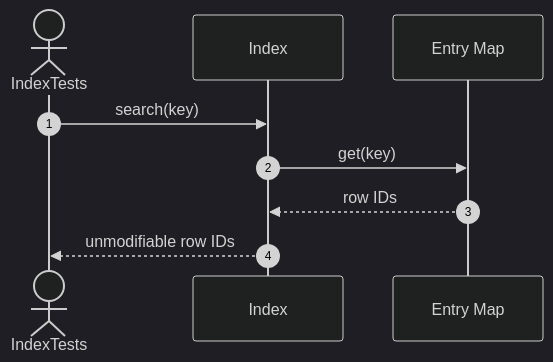
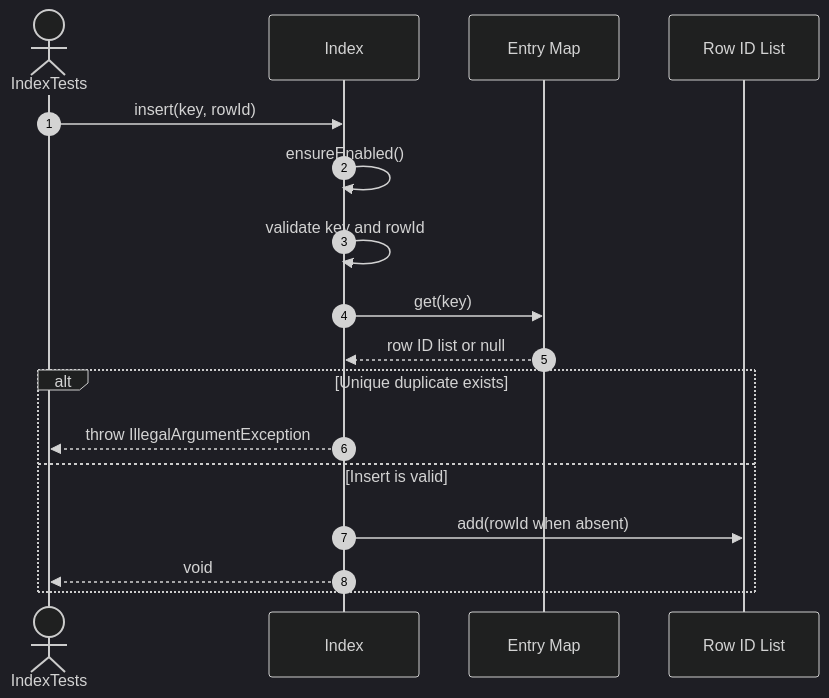
Before and after one commit to FhuAnn/-bbv-AN-s-DBMS: diagram 26 of 50 in src/tests/unit/metadata/sequences/indexs-testing.se.md, drawn with Mermaid (dark theme). The commit also changed other lines of this file and 9 other files, not shown here.

Commit message:
table and row run test successfully, remaining constraint object

````diff
--- a/src/tests/unit/metadata/sequences/indexs-testing.se.md
+++ b/src/tests/unit/metadata/sequences/indexs-testing.se.md
@@ -132,12 +453,20 @@
 ```mermaid
 sequenceDiagram
     autonumber
     actor Test as IndexTests
     participant Index as Index
     participant Entries as Entry Map
+    participant RowIds as Row ID List
 
-    Test->>Index: search(key)
+    Test->>Index: insert(key, rowId)
+    Index->>Index: ensureEnabled()
+    Index->>Index: validate key and rowId
     Index->>Entries: get(key)
-    Entries-->>Index: row IDs
-    Index-->>Test: unmodifiable row IDs
+    Entries-->>Index: row ID list or null
+    alt Unique duplicate exists
+    Index-->>Test: throw IllegalArgumentException
+    else Insert is valid
+    Index->>RowIds: add(rowId when absent)
+    Index-->>Test: void
+    end
 ```
````
